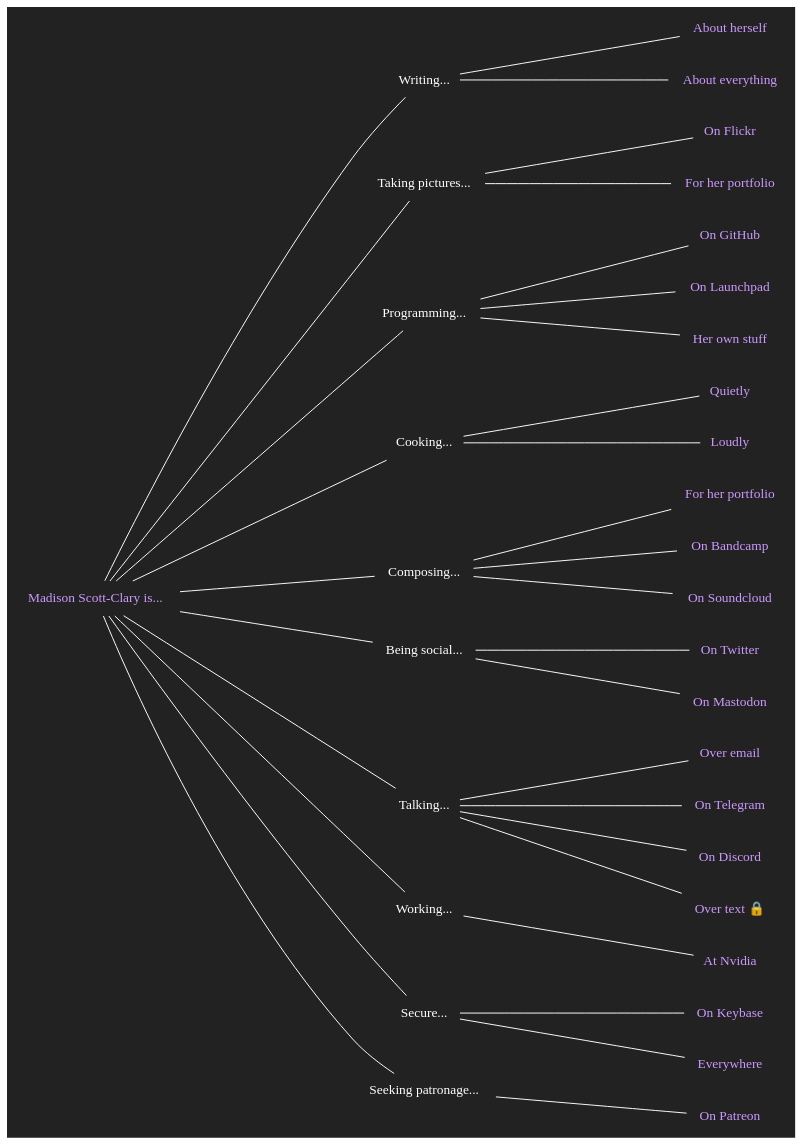
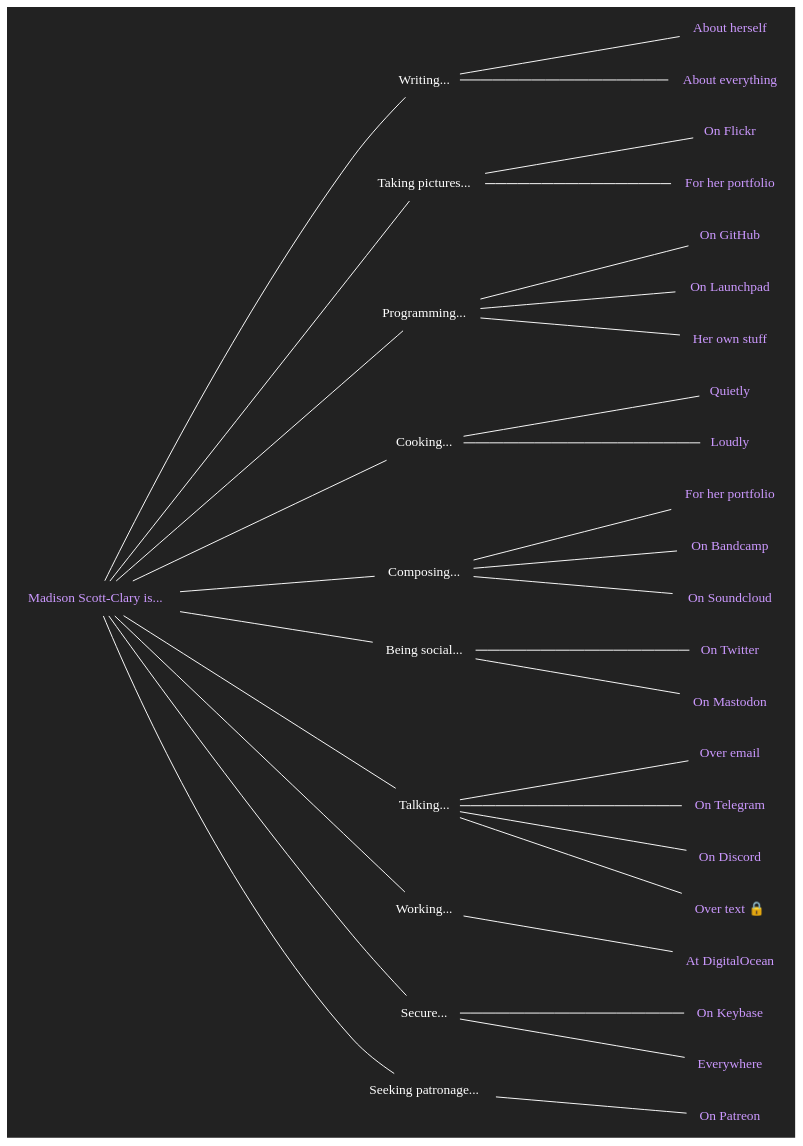
One commit to makyo/makyo.is changed the diagram in is.dot. Above: the diagram before and after it, drawn with Graphviz. The commit also changed 4 other files, not shown here.

```diff
--- a/is.dot
+++ b/is.dot
@@ -1,63 +1,63 @@
 graph is {
     node[shape="none",fontcolor="#ffffff",color="#ffffff",fontname="Helvetica bold"]
     edge[color="#ffffff"]
     graph[bgcolor="#222222",label="",margin="0",rankdir="LR",ranksep=2.5]
 
     copula [label="Madison Scott-Clary is...",fontcolor="#cc99ff",href="https://drab-makyo.com?pk_campaign=source&pk_kwd=makyo.is"]
 
     writing [label="Writing..."]
     /* writing_anything [label="Anything",fontcolor="#cc99ff",href="https://writing.drab-makyo.com?pk_campaign=source&pk_kwd=makyo.is"] */
     writing_ally [label="About herself",fontcolor="#cc99ff",href="https://ally.id?pk_campaign=source&pk_kwd=makyo.is"]
     writing_portfolio [label="About everything",fontcolor="#cc99ff",href="https://makyo.ink?pk_campaign=source&pk_kwd=makyo.is"]
     copula -- writing -- { /* writing_anything, */ writing_ally, writing_portfolio }
 
     photography [label="Taking pictures..."]
     photography_flickr [label="On Flickr",fontcolor="#cc99ff",href="https://flickr.com/photos/ranna"]
     photography_portfolio [label="For her portfolio",fontcolor="#cc99ff",href="https://makyo.photography"]
     copula -- photography -- { photography_flickr, photography_portfolio }
 
     programming [label="Programming..."]
     programming_github [label="On GitHub",fontcolor="#cc99ff",href="https://github.com/makyo"]
     programming_launchpad [label="On Launchpad",fontcolor="#cc99ff",href="https://launchpad.net/~makyo"]
     programming_personal [label="Her own stuff",fontcolor="#cc99ff",href="https://makyo.dev"]
     copula -- programming -- { programming_github, programming_launchpad, programming_personal }
 
     cooking [label="Cooking..."]
     cooking_quietly [label="Quietly",fontcolor="#cc99ff",href="https://makyo.cooking?pk_campaign=source&pk_kwd=makyo.is"]
     cooking_loudly [label="Loudly",fontcolor="#cc99ff",href="https://mealtime.with.maddypa.ws?pk_campaign=source&pk_kwd=makyo.is"]
     copula -- cooking -- { cooking_quietly, cooking_loudly }
 
     composing [label="Composing..."]
     composing_portfolio [label="For her portfolio",fontcolor="#cc99ff",href="https://sounds.drab-makyo.com?pk_campaign=source&pk_kwd=makyo.is"]
     composing_bandcamp [label="On Bandcamp",fontcolor="#cc99ff",href="https://drab-makyo.bandcamp.com"]
     composing_soundcloud [label="On Soundcloud",fontcolor="#cc99ff",href="https://soundcloud.com/drabmakyo"]
     copula -- composing -- { composing_portfolio, composing_bandcamp, composing_soundcloud }
 
     social [label="Being social..."]
     social_twitter [label="On Twitter",fontcolor="#cc99ff",href="https://twitter.com/makyo_writes"]
     social_mastodon [label="On Mastodon",fontcolor="#cc99ff",href="https://maddypa.ws/@makyo"]
     copula -- social -- { social_twitter, social_mastodon }
 
     talking [label="Talking..."]
     talking_email [label="Over email",fontcolor="#cc99ff",href="mailto:makyo@drab-makyo.com"]
     talking_telegram [label="On Telegram",fontcolor="#cc99ff",href="https://t.me/DrabMakyo"]
     talking_discord [label="On Discord",fontcolor="#cc99ff",href="/discord",title="Makyo#7093"]
     /*talking_matrix [label="On Matrix",fontcolor="#cc99ff",href="https://matrix.to/#/@makyo:drab-makyo.com"]
     talking_wire [label="On Wire",fontcolor="#cc99ff",href="/wire",title="@makyo"]*/
     talking_phone [label="Over text 🔒 ",fontcolor="#cc99ff",href="tel:3038185943"]
     copula -- talking -- { talking_email, talking_telegram, talking_discord, talking_phone /*, talking_matrix, talking_wire*/ }
 
     working [label="Working..."]
-    working_nvidia [label="At Nvidia",fontcolor="#cc99ff",href="https://nvidia.com"]
+    working_do [label="At DigitalOcean",fontcolor="#cc99ff",href="https://www.digitalocean.com/community/users/mscottclary"]
     /* working_hybrid [label="At Hybrid Ink, LLC",fontcolor="#cc99ff",href="https://hybrid.ink?pk_campaign=source&pk_kwd=makyo.is"] */
-    copula -- working -- { /*working_hybrid, */ working_nvidia }
+    copula -- working -- { /*working_hybrid, */ working_do }
 
     secure [label="Secure..."]
     secure_keybase [label="On Keybase",fontcolor="#cc99ff",href="https://keybase.io/makyo"]
     secure_everywhere [label="Everywhere",fontcolor="#cc99ff",href="https://drab-makyo.com/pgp"]
     copula -- secure -- { secure_everywhere, secure_keybase }
 
     patron [label="Seeking patronage..."]
     patron_patreon [label="On Patreon",fontcolor="#cc99ff",href="https://patreon.com/makyo"]
     copula -- patron -- { patron_patreon }
 }
```
